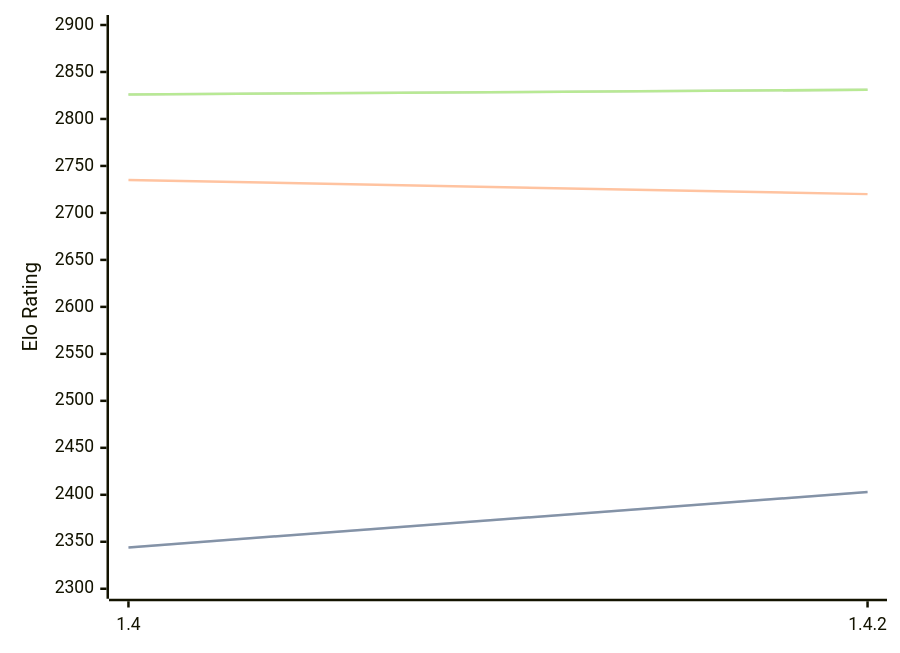
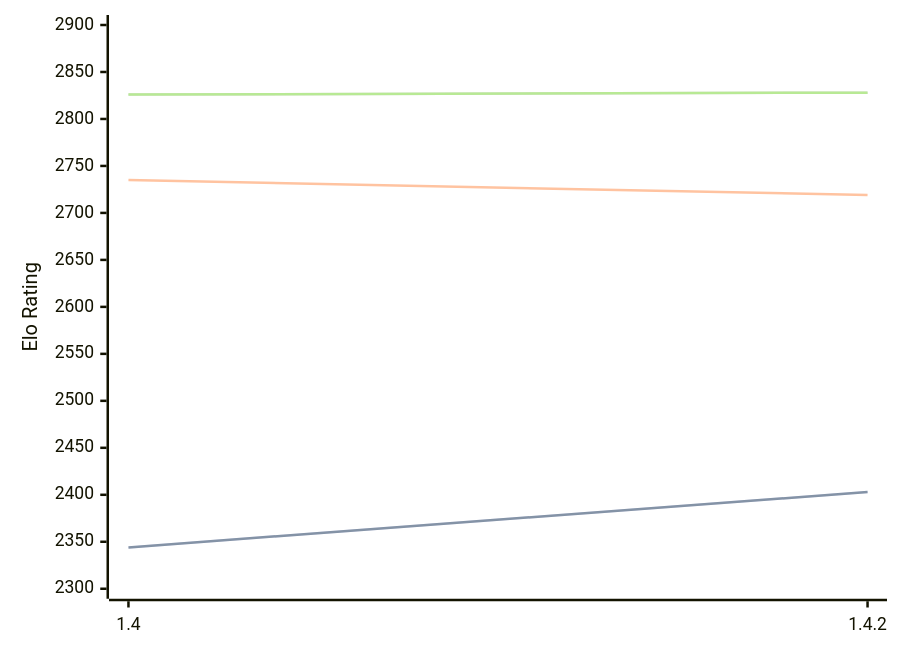
The diagram in engines/Spike.md (computer-chess-index/cci), drawn with Mermaid before and after one commit. The commit also changed other lines of this file, not shown here.

Commit message:
Update CCI Ratings (ELO VLTC) - 2026-09-15

````diff
--- a/engines/Spike.md
+++ b/engines/Spike.md
@@ -32,11 +32,11 @@
 ```mermaid
 %%{init: {"theme":"base","themeVariables":{"seriesColors:['#a3a3a3','#222221','#faa371']}}}%%
 xychart-beta
   x-axis ["1.4", "1.4.2"]
   y-axis "Elo Rating" 2300 --> 2900
   line "" [2344, 2403]
   line "STC (8.0+0.08s)" [2344, 2403]
-  line "LTC (60.0+0.60s)" [2735, 2720]
-  line "" [2826, 2831]
-  line "VLTC (2m24s+1.12s)" [2826, 2831]
+  line "LTC (60.0+0.60s)" [2735, 2719]
+  line "" [2826, 2828]
+  line "VLTC (2m24s+1.12s)" [2826, 2828]
 ```
````
